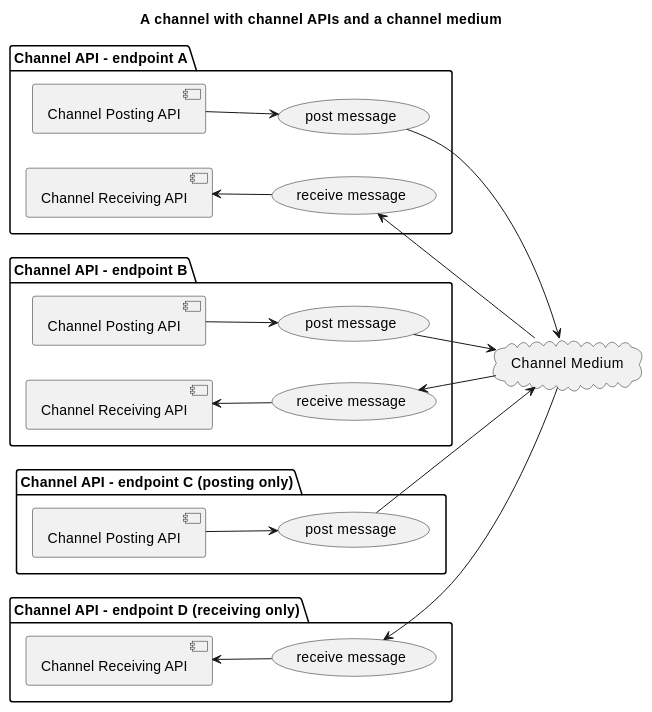
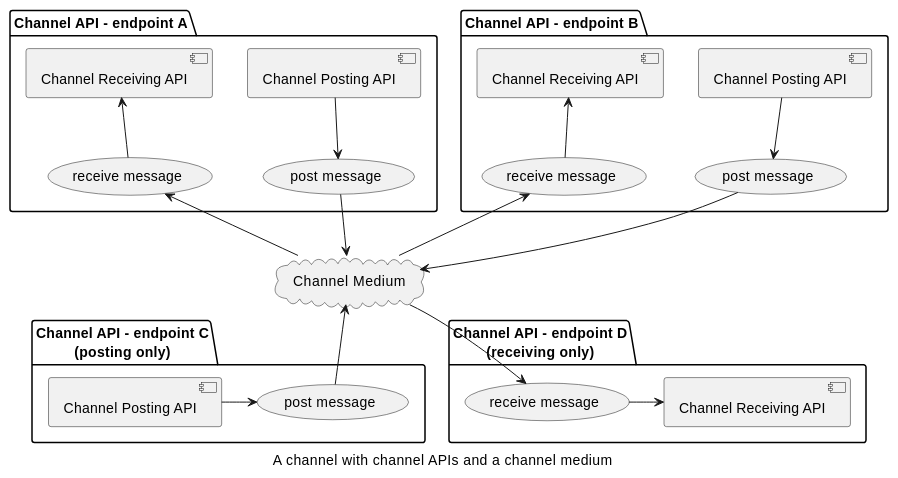
The first of 6 diagrams in docs/channel_api.rst (trustbridge/intergov), drawn with PlantUML before and after one commit. The commit also changed other lines of this file and 3 other files, not shown here.

Commit message:
Pushing mostly good doco about the channel api and removing other still WIP notes and diagrams

```diff
--- a/docs/channel_api.rst
+++ b/docs/channel_api.rst
@@ -11,48 +15,48 @@
 .. uml::
 
    @startuml
-   left to right direction
-   title A channel with channel APIs and a channel medium
+   caption A channel with channel APIs and a channel medium
    
    cloud "Channel Medium" as cm
    
-   package "Channel API - endpoint A" {
+   package "Channel API - endpoint A" as a_endpoint {
        [Channel Posting API] as a_cpa
        (post message) as a_pm
        [Channel Receiving API] as a_cra
        (receive message) as a_rm
+   }
 
-       a_cpa --> a_pm
-       a_pm --> cm
-       a_cra <-- a_rm
-       a_rm <-- cm
-   }
-   
-   package "Channel API - endpoint B" {
+   package "Channel API - endpoint B" as b_endpoint {
        [Channel Posting API] as b_cpa
        (post message) as b_pm
        [Channel Receiving API] as b_cra
        (receive message) as b_rm
-
-       b_cpa --> b_pm
-       b_pm --> cm
-       b_cra <-- b_rm
-       b_rm <-- cm
    }
 
-   package "Channel API - endpoint C (posting only)" {
+   package "Channel API - endpoint C\n(posting only)" as c_endpoint {
        [Channel Posting API] as c_cpa
        (post message) as c_pm
-
-       c_cpa --> c_pm
-       c_pm --> cm
    }
 
-   package "Channel API - endpoint D (receiving only)" {
-       [Channel Receiving API] as c_cra
-       (receive message) as c_rm
+   package "Channel API - endpoint D\n(receiving only)" as d_endpoint {
+       [Channel Receiving API] as d_cra
+       (receive message) as d_rm
+   }
 
-       c_cra <-- c_rm
-       c_rm <-- cm
-   }
+   a_cpa --> a_pm
+   a_pm --> cm
+   a_cra <-- a_rm
+   a_rm <-- cm
+
+   b_cpa --> b_pm
+   b_pm --> cm
+   b_cra <-- b_rm
+   b_rm <-- cm
+
+   c_cpa -right-> c_pm
+   c_pm -up-> cm
+
+   d_cra <-left- d_rm
+   d_rm <-up- cm
+
    @enduml
```
